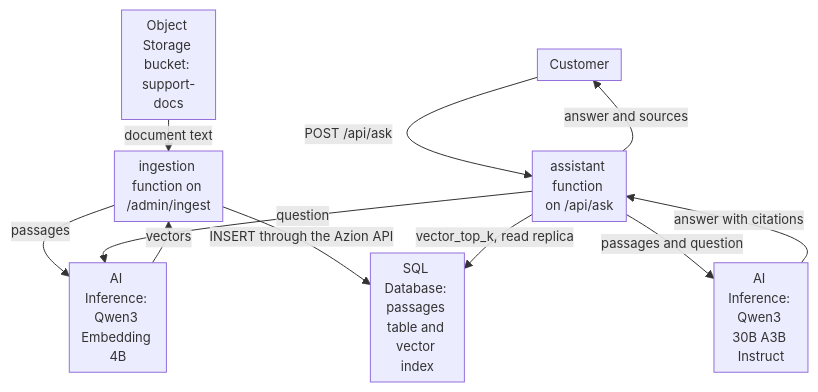
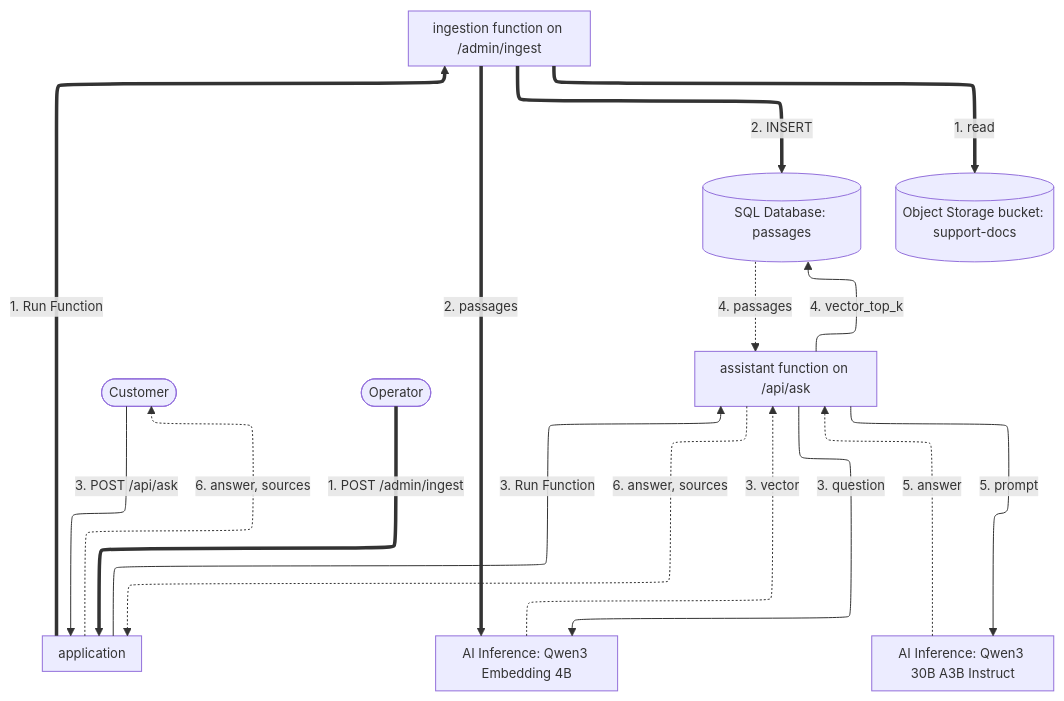
The diagram in apps/docs/src/content/docs/en/pages/use-cases/build-and-run-ai-workloads/build-and-run-customer-support-ai-assistants.mdx (aziontech/docs), drawn with Mermaid before and after one commit. The commit also changed other lines of this file and 53 other files, not shown here.

First line of the commit message:
docs(use-cases): draw the way back in every use-case diagram

````diff
--- a/apps/docs/src/content/docs/en/pages/use-cases/build-and-run-ai-workloads/build-and-run-customer-support-ai-assistants.mdx
+++ b/apps/docs/src/content/docs/en/pages/use-cases/build-and-run-ai-workloads/build-and-run-customer-support-ai-assistants.mdx
@@ -42,14 +42,28 @@
 ```mermaid
-%%{init: {"layout": "dagre", "themeVariables": {"fontSize": "13px"}, "flowchart": {"nodeSpacing": 12, "rankSpacing": 12, "padding": 6, "wrappingWidth": 70, "minNodeWidth": 40, "useMaxWidth": true}}}%%
+%%{init: {"layout": "elk", "elk": {"preset": "modelOrder", "keepEntryNodeOnTop": true, "cycleBreakingStrategy": "MODEL_ORDER"}, "themeVariables": {"fontSize": "13px"}, "flowchart": {"nodeSpacing": 24, "rankSpacing": 36, "padding": 8, "wrappingWidth": 150, "useMaxWidth": true}, "sequence": {"width": 120, "actorMargin": 30, "useMaxWidth": true}}}%%
 flowchart TD
-  Bucket["Object Storage bucket: support-docs"] -->|"document text"| Ingest["ingestion function on /admin/ingest"]
-  Ingest -->|"passages"| Embed["AI Inference: Qwen3 Embedding 4B"]
-  Embed -->|"vectors"| Ingest
-  Ingest -->|"INSERT through the Azion API"| DB["SQL Database: passages table and vector index"]
-  Customer["Customer"] -->|"POST /api/ask"| Assist["assistant function on /api/ask"]
-  Assist -->|"question"| Embed
-  Assist -->|"vector_top_k, read replica"| DB
-  Assist -->|"passages and question"| Chat["AI Inference: Qwen3 30B A3B Instruct"]
-  Chat -->|"answer with citations"| Assist
-  Assist -->|"answer and sources"| Customer
+  Customer(["Customer"])
+  Operator(["Operator"])
+  App["application"]
+  Assist["assistant function on /api/ask"]
+  Ingest["ingestion function on /admin/ingest"]
+  Embed["AI Inference: Qwen3 Embedding 4B"]
+  DB[("SQL Database: passages")]
+  Chat["AI Inference: Qwen3 30B A3B Instruct"]
+  Bucket[("Object Storage bucket: support-docs")]
+  Customer -->|"3. POST /api/ask"| App
+  App -->|"3. Run Function"| Assist
+  Assist -->|"3. question"| Embed
+  Assist -->|"4. vector_top_k"| DB
+  Assist -->|"5. prompt"| Chat
+  Embed -.->|"3. vector"| Assist
+  DB -.->|"4. passages"| Assist
+  Chat -.->|"5. answer"| Assist
+  Assist -.->|"6. answer, sources"| App
+  App -.->|"6. answer, sources"| Customer
+  Operator ==>|"1. POST /admin/ingest"| App
+  App ==>|"1. Run Function"| Ingest
+  Ingest ==>|"1. read"| Bucket
+  Ingest ==>|"2. passages"| Embed
+  Ingest ==>|"2. INSERT"| DB
 ```
````
